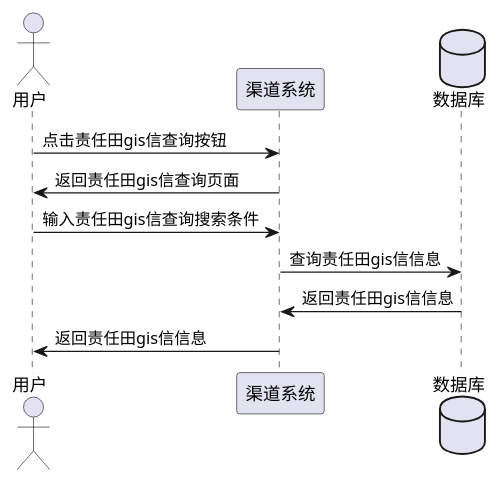
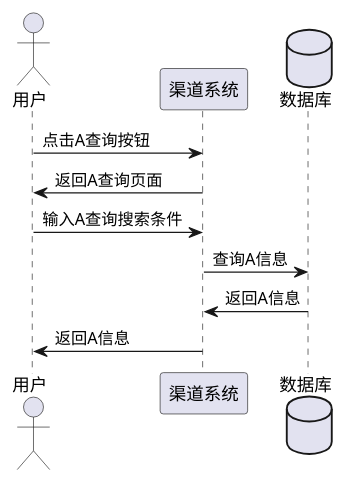
The diagram in 查询.puml (18380163461/uml), drawn with PlantUML before and after one commit. The commit also changed 2 other files, not shown here.

```diff
--- a/查询.puml
+++ b/查询.puml
@@ -1,12 +1,12 @@
 @startuml
 actor 用户
 participant 渠道系统
 database 数据库
 
-用户->渠道系统:点击责任田gis信查询按钮
-渠道系统->用户:返回责任田gis信查询页面
-用户->渠道系统:输入责任田gis信查询搜索条件
-渠道系统->数据库:查询责任田gis信信息
-数据库->渠道系统:返回责任田gis信信息
-渠道系统->用户:返回责任田gis信信息
+用户->渠道系统:点击A查询按钮
+渠道系统->用户:返回A查询页面
+用户->渠道系统:输入A查询搜索条件
+渠道系统->数据库:查询A信息
+数据库->渠道系统:返回A信息
+渠道系统->用户:返回A信息
 @enduml
```
